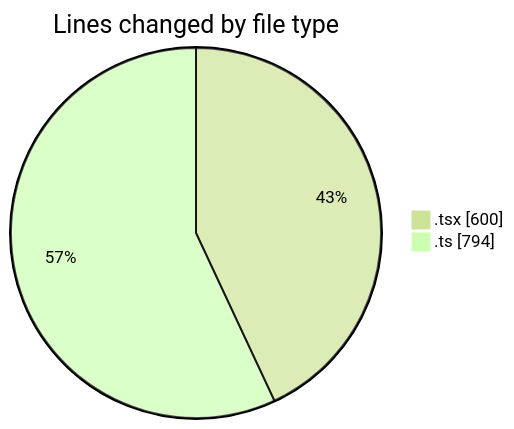
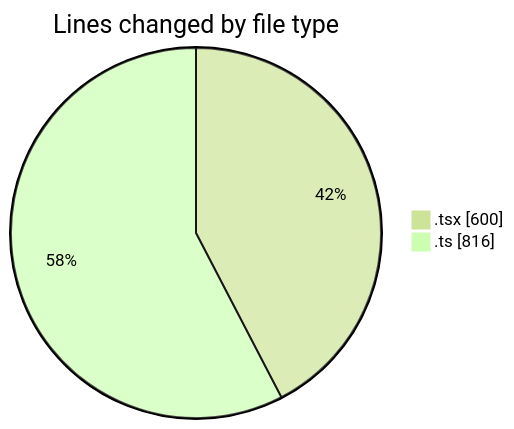
Before and after one commit to julien-gomy/code-tracking: the first of 2 diagrams in 2025-10-14/eventscop-frontend-guide__workspace_/README.md, drawn with Mermaid (forest theme). The commit also changed other lines of this file and 1 other file, not shown here.

````diff
--- a/2025-10-14/eventscop-frontend-guide__workspace_/README.md
+++ b/2025-10-14/eventscop-frontend-guide__workspace_/README.md
@@ -30,6 +31,6 @@
 ```mermaid
 pie showData
 title Lines changed by file type
 ".tsx" : 600
-".ts" : 794
+".ts" : 816
 ```
````
